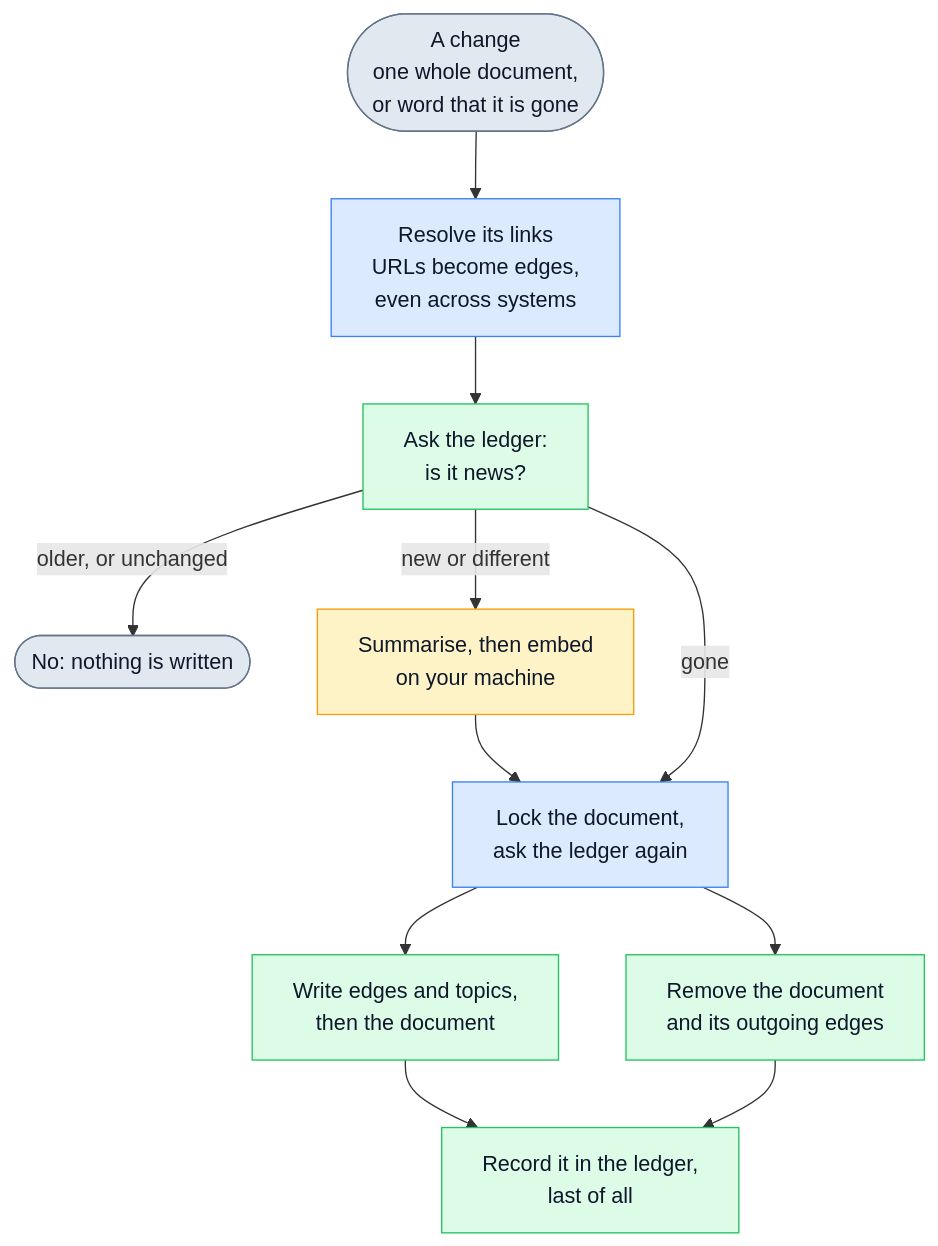
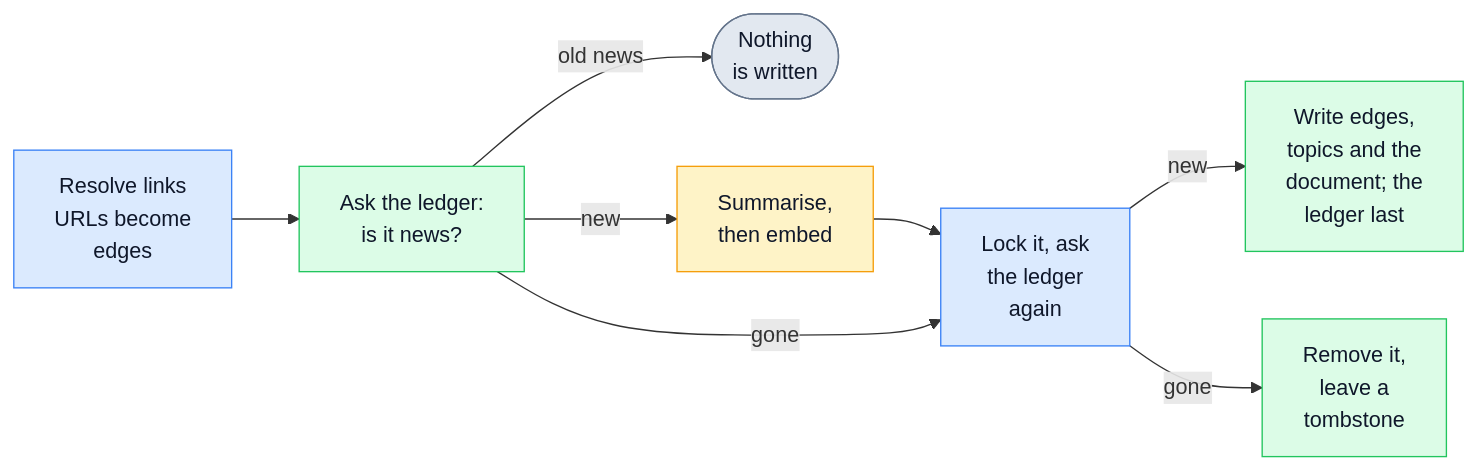
One commit to umran/grafsol changed the fourth of 7 diagrams in README.md. Above: the diagram before and after it, drawn with Mermaid. The commit also changed other lines of this file, not shown here.

First line of the commit message:
Fit the README's diagrams to GitHub's Mermaid renderer

````diff
--- a/README.md
+++ b/README.md
@@ -188,24 +195,22 @@
 ```mermaid
-flowchart TB
-    change(["A change<br/>one whole document,<br/>or word that it is gone"]):::outside
-    links["Resolve its links<br/>URLs become edges,<br/>even across systems"]:::code
+flowchart LR
+    links["Resolve links<br/>URLs become<br/>edges"]:::code
     news["Ask the ledger:<br/>is it news?"]:::data
-    old(["No: nothing is written"]):::outside
-    enrich["Summarise, then embed<br/>on your machine"]:::local
-    lock["Lock the document,<br/>ask the ledger again"]:::code
-    write["Write edges and topics,<br/>then the document"]:::data
-    remove["Remove the document<br/>and its outgoing edges"]:::data
-    record["Record it in the ledger,<br/>last of all"]:::data
+    old(["Nothing<br/>is written"]):::outside
+    enrich["Summarise,<br/>then embed"]:::local
+    lock["Lock it, ask<br/>the ledger<br/>again"]:::code
+    write["Write edges,<br/>topics and the<br/>document; the<br/>ledger last"]:::data
+    remove["Remove it,<br/>leave a<br/>tombstone"]:::data
 
-    change --> links --> news
-    news -- "older, or unchanged" --> old
-    news -- "new or different" --> enrich --> lock
+    links --> news
+    news -- "old news" --> old
+    news -- "new" --> enrich --> lock
     news -- "gone" --> lock
-    lock --> write --> record
-    lock --> remove --> record
+    lock -- "new" --> write
+    lock -- "gone" --> remove
 
     classDef outside fill:#e2e8f0,stroke:#64748b,color:#0f172a
     classDef code fill:#dbeafe,stroke:#3b82f6,color:#0f172a
     classDef data fill:#dcfce7,stroke:#22c55e,color:#0f172a
     classDef local fill:#fef3c7,stroke:#f59e0b,color:#0f172a
 ```
````
